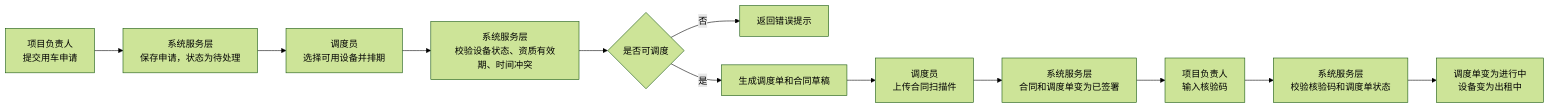
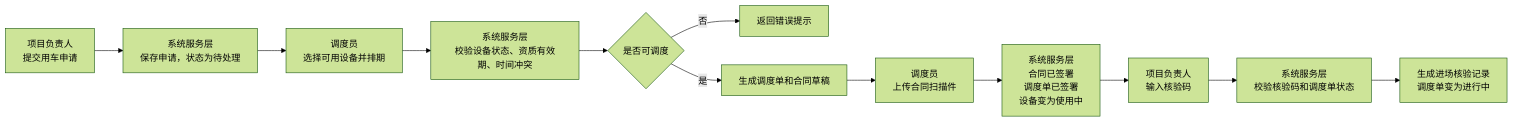
Before and after one commit to sketchp1ane/EquipmentRental: the first of 2 diagrams in thesis-writing/chapters/ch6-implementation.md, drawn with Mermaid (forest theme). The commit also changed other lines of this file and 5 other files, not shown here.

````diff
--- a/thesis-writing/chapters/ch6-implementation.md
+++ b/thesis-writing/chapters/ch6-implementation.md
@@ -31,14 +31,14 @@
 ```mermaid
 flowchart LR
     A[项目负责人<br/>提交用车申请] --> B[系统服务层<br/>保存申请，状态为待处理]
     B --> C[调度员<br/>选择可用设备并排期]
     C --> D[系统服务层<br/>校验设备状态、资质有效期、时间冲突]
     D --> E{是否可调度}
     E -- 否 --> F[返回错误提示]
     E -- 是 --> G[生成调度单和合同草稿]
     G --> H[调度员<br/>上传合同扫描件]
-    H --> I[系统服务层<br/>合同和调度单变为已签署]
+    H --> I[系统服务层<br/>合同已签署<br/>调度单已签署<br/>设备变为使用中]
     I --> J[项目负责人<br/>输入核验码]
     J --> K[系统服务层<br/>校验核验码和调度单状态]
-    K --> L[调度单变为进行中<br/>设备变为出租中]
+    K --> L[生成进场核验记录<br/>调度单变为进行中]
 ```
````
